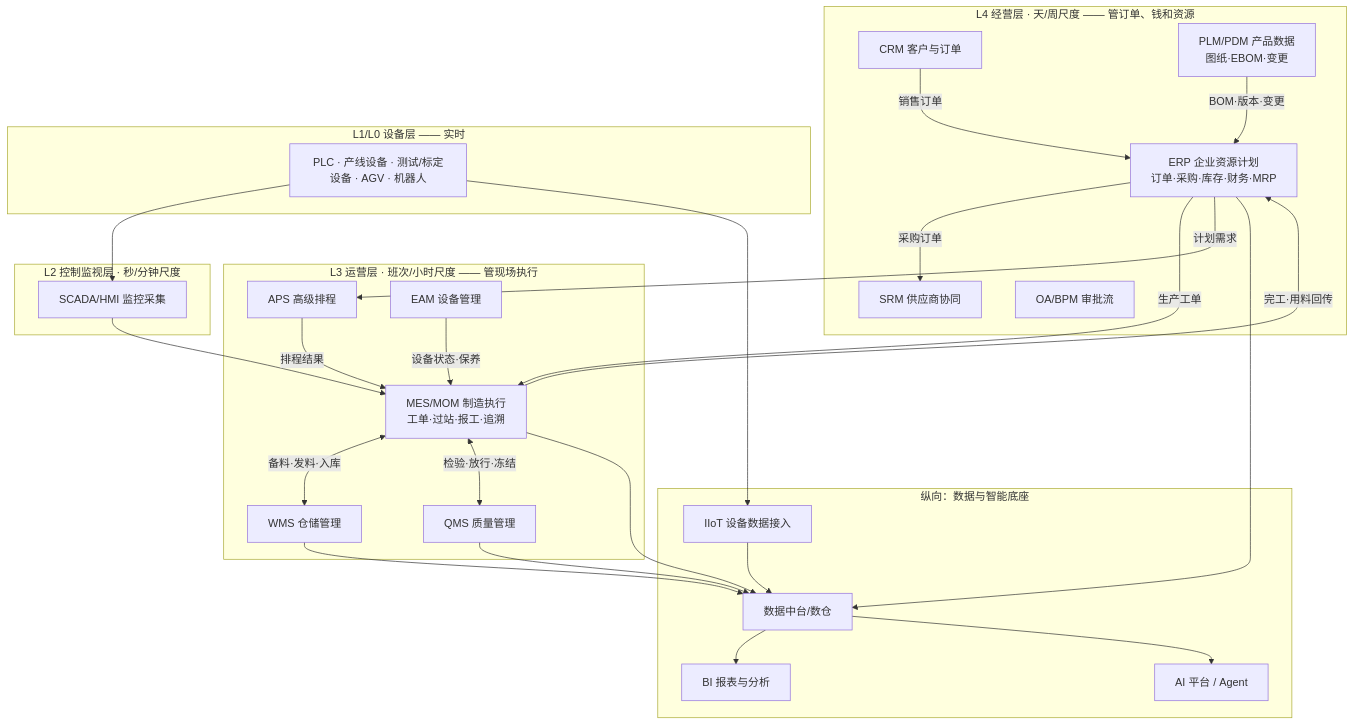
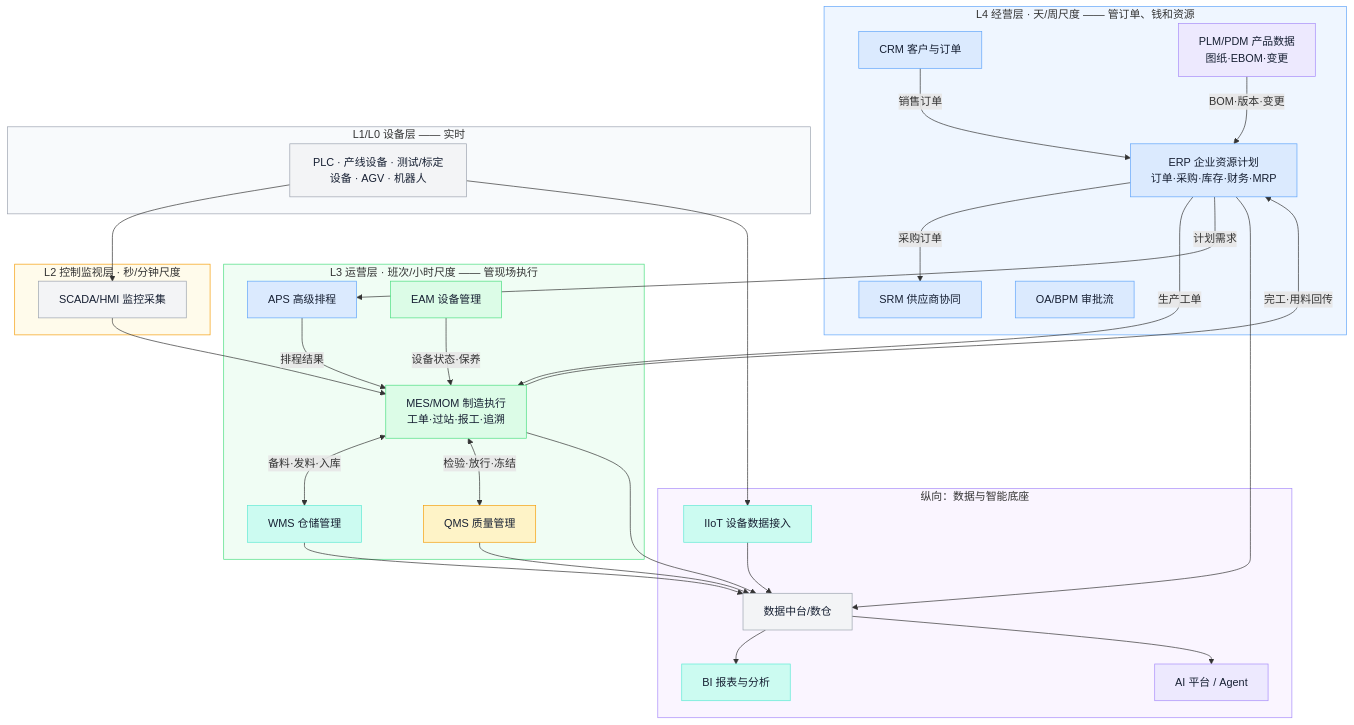
Before and after one commit to ink-hz/AI-Manufacturing-Platform: the second of 16 diagrams in docs/manufacturing-system-handbook.md, drawn with Mermaid. The commit also changed other lines of this file, not shown here.

Commit message:
docs: publish maintained handbook diagram colors

````diff
--- a/docs/manufacturing-system-handbook.md
+++ b/docs/manufacturing-system-handbook.md
@@ -55,45 +71,62 @@
 ```mermaid
 flowchart TB
     subgraph L4 [L4 经营层 · 天/周尺度 —— 管订单、钱和资源]
         CRM[CRM 客户与订单]
         ERP[ERP 企业资源计划<br/>订单·采购·库存·财务·MRP]
         SRM[SRM 供应商协同]
         PLM[PLM/PDM 产品数据<br/>图纸·EBOM·变更]
         OA[OA/BPM 审批流]
     end
     subgraph L3 [L3 运营层 · 班次/小时尺度 —— 管现场执行]
         APS[APS 高级排程]
         MES[MES/MOM 制造执行<br/>工单·过站·报工·追溯]
         WMS[WMS 仓储管理]
         QMS[QMS 质量管理]
         EAM[EAM 设备管理]
     end
     subgraph L2 [L2 控制监视层 · 秒/分钟尺度]
         SCADA[SCADA/HMI 监控采集]
     end
     subgraph L1 [L1/L0 设备层 —— 实时]
         DEV[PLC · 产线设备 · 测试/标定设备 · AGV · 机器人]
     end
     subgraph DATA [纵向：数据与智能底座]
         IIOT[IIoT 设备数据接入]
         DWH[数据中台/数仓]
         BI[BI 报表与分析]
         AI[AI 平台 / Agent]
     end
     CRM -->|销售订单| ERP
     PLM -->|BOM·版本·变更| ERP
     ERP -->|采购订单| SRM
     ERP -->|生产工单| MES
     ERP -->|计划需求| APS
     APS -->|排程结果| MES
     MES <-->|备料·发料·入库| WMS
     MES <-->|检验·放行·冻结| QMS
     MES -->|完工·用料回传| ERP
     EAM -->|设备状态·保养| MES
     DEV --> SCADA --> MES
     DEV --> IIOT
     MES & ERP & WMS & QMS --> DWH
     IIOT --> DWH
     DWH --> BI
     DWH --> AI
+    class CRM,ERP,SRM,OA,APS biz
+    class PLM,AI eng
+    class MES,EAM exec
+    class WMS,IIOT,BI flow
+    class QMS qa
+    class SCADA,DEV,DWH store
+    style L4 fill:#EFF6FF,stroke:#60A5FA
+    style L3 fill:#F0FDF4,stroke:#4ADE80
+    style L2 fill:#FFFBEB,stroke:#F59E0B
+    style L1 fill:#F8FAFC,stroke:#9CA3AF
+    style DATA fill:#FAF5FF,stroke:#A78BFA
+    classDef biz fill:#DBEAFE,stroke:#60A5FA,color:#172033;
+    classDef eng fill:#EDE9FE,stroke:#A78BFA,color:#172033;
+    classDef flow fill:#CCFBF1,stroke:#5EEAD4,color:#172033;
+    classDef exec fill:#DCFCE7,stroke:#4ADE80,color:#172033;
+    classDef qa fill:#FEF3C7,stroke:#F59E0B,color:#172033;
+    classDef store fill:#F3F4F6,stroke:#9CA3AF,color:#172033;
 ```
````
